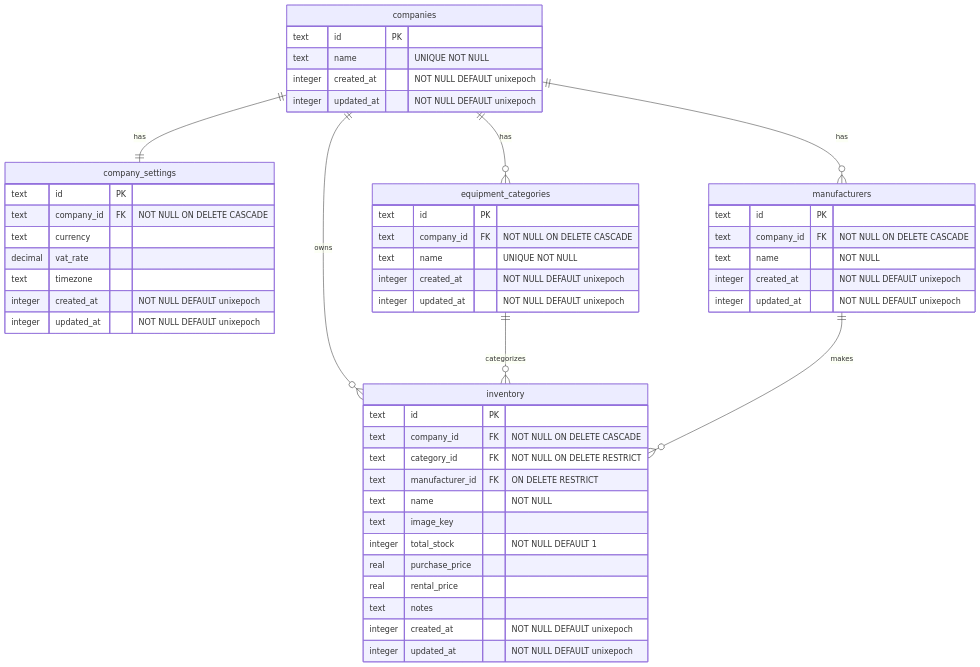
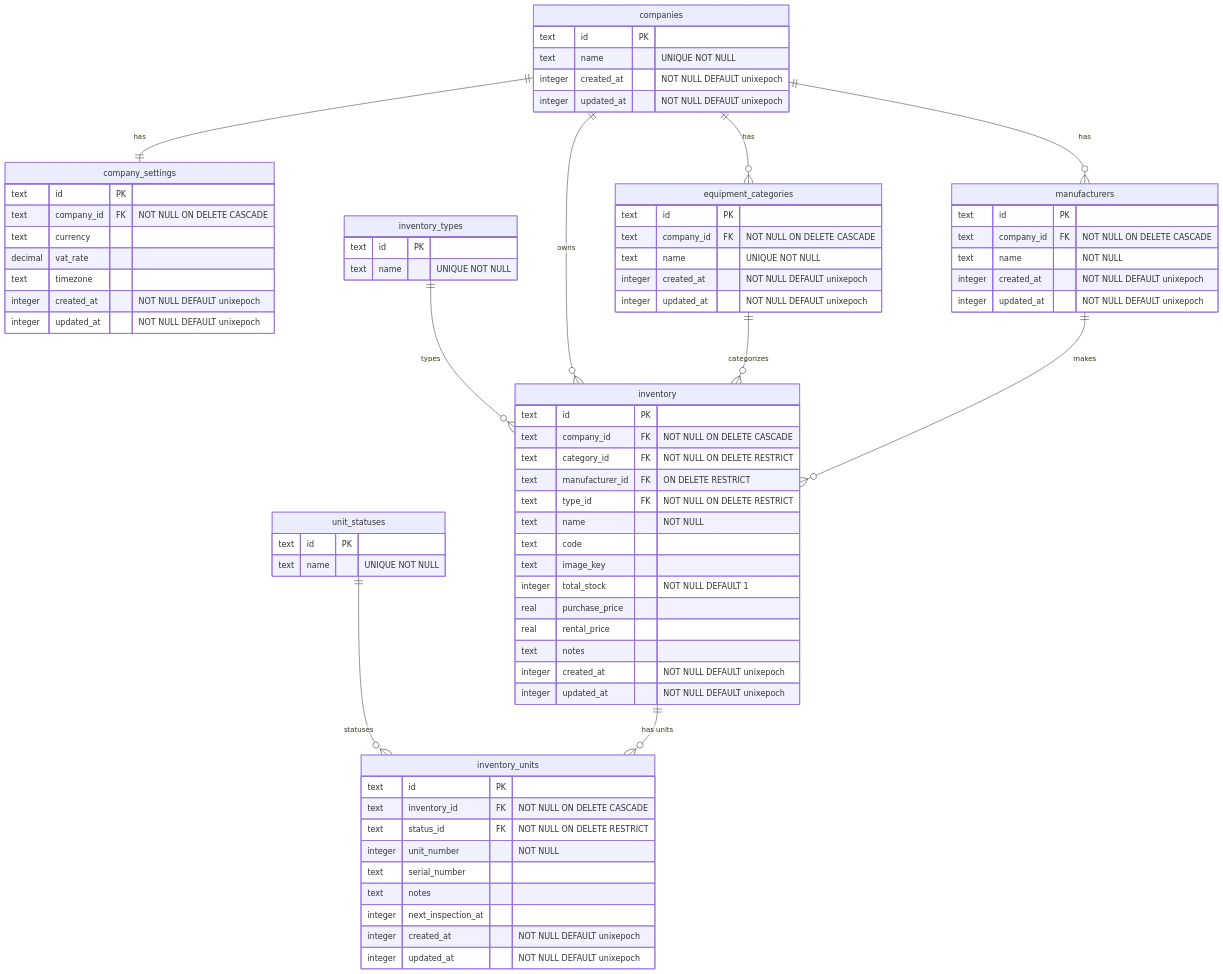
The diagram in wiki/ERD.md (bit8bytes/gearberg), drawn with Mermaid before and after one commit.

Commit message:
docs: added new specifications to ERD and made it easier to extend later

````diff
--- a/wiki/ERD.md
+++ b/wiki/ERD.md
@@ -36,12 +36,20 @@
   }
   %% name must be unique per company: UNIQUE(company_id, name)
 
+  inventory_types {
+    text id PK
+    text name "UNIQUE NOT NULL"
+  }
+  %% seeded with bulk and serialized; extend by inserting new rows
+
   inventory {
     text id PK
     text company_id FK "NOT NULL ON DELETE CASCADE"
     text category_id FK "NOT NULL ON DELETE RESTRICT"
     text manufacturer_id FK "ON DELETE RESTRICT"
+    text type_id FK "NOT NULL ON DELETE RESTRICT"
     text name "NOT NULL"
+    text code
     text image_key
     integer total_stock "NOT NULL DEFAULT 1"
     real purchase_price
@@ -50,11 +58,35 @@
     integer created_at "NOT NULL DEFAULT unixepoch"
     integer updated_at "NOT NULL DEFAULT unixepoch"
   }
+  %% code is a user-defined identifier (e.g. an internal asset code like 4993); optional and not enforced for uniqueness
 
+  unit_statuses {
+    text id PK
+    text name "UNIQUE NOT NULL"
+  }
+  %% seeded with available, in_service, retired
+
+  inventory_units {
+    text id PK
+    text inventory_id FK "NOT NULL ON DELETE CASCADE"
+    text status_id FK "NOT NULL ON DELETE RESTRICT"
+    integer unit_number "NOT NULL"
+    text serial_number
+    text notes
+    integer next_inspection_at
+    integer created_at "NOT NULL DEFAULT unixepoch"
+    integer updated_at "NOT NULL DEFAULT unixepoch"
+  }
+  %% unit_number must be unique per inventory item: UNIQUE(inventory_id, unit_number)
+  %% unit_number is auto-assigned by the application (next available integer per inventory item); serial_number is optional
+
+  inventory_types ||--o{ inventory : "types"
+  unit_statuses ||--o{ inventory_units : "statuses"
   companies ||--|| company_settings : "has"
   companies ||--o{ equipment_categories : "has"
   companies ||--o{ manufacturers : "has"
   companies ||--o{ inventory : "owns"
   equipment_categories ||--o{ inventory : "categorizes"
   manufacturers ||--o{ inventory : "makes"
+  inventory ||--o{ inventory_units : "has units"
 ```
````
